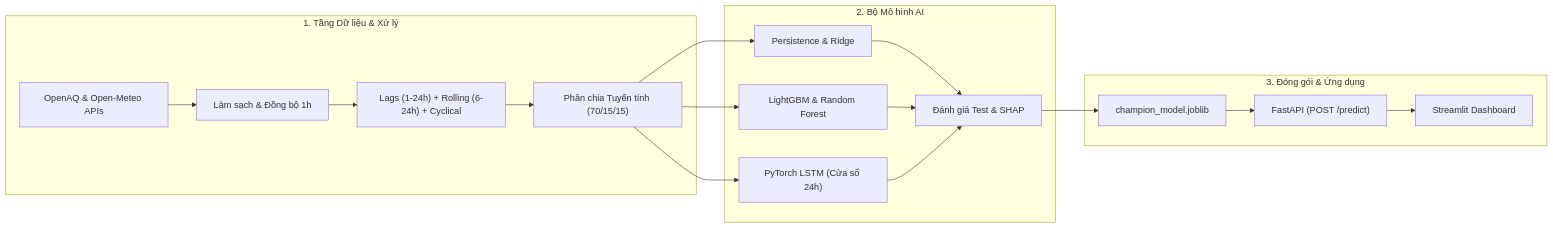
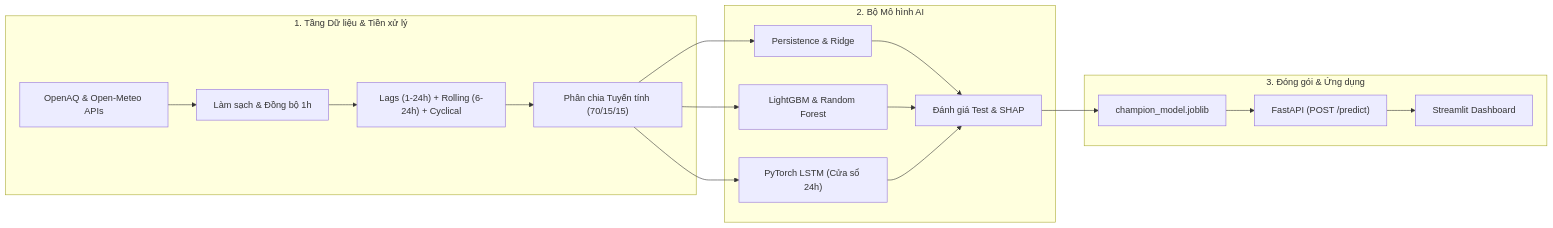
The diagram in README.md (doctor-cato/PM2.5-Prediction-for-Hanoi), drawn with Mermaid before and after one commit. The commit also changed other lines of this file and 2 other files, not shown here.

Commit message:
docs: update 7-milestone roadmap, 22-issue backlog specification, and 5-member team matrix

````diff
--- a/README.md
+++ b/README.md
@@ -60,21 +65,21 @@
 ```mermaid
 flowchart LR
-    subgraph DataEngine["1. Tầng Dữ liệu & Xử lý"]
+    subgraph DataEngine["1. Tầng Dữ liệu & Tiền xử lý"]
         Raw["OpenAQ & Open-Meteo APIs"] --> Clean["Làm sạch & Đồng bộ 1h"]
         Clean --> Features["Lags (1-24h) + Rolling (6-24h) + Cyclical"]
         Features --> Split["Phân chia Tuyến tính (70/15/15)"]
     end
 
     subgraph ModelZoo["2. Bộ Mô hình AI"]
         Split --> Base["Persistence & Ridge"]
         Split --> GBDT["LightGBM & Random Forest"]
         Split --> LSTM["PyTorch LSTM (Cửa sổ 24h)"]
         Base & GBDT & LSTM --> Eval["Đánh giá Test & SHAP"]
     end
 
     subgraph Serving["3. Đóng gói & Ứng dụng"]
         Eval --> Champion["champion_model.joblib"]
         Champion --> API["FastAPI (POST /predict)"]
         API --> UI["Streamlit Dashboard"]
     end
 ```
````
